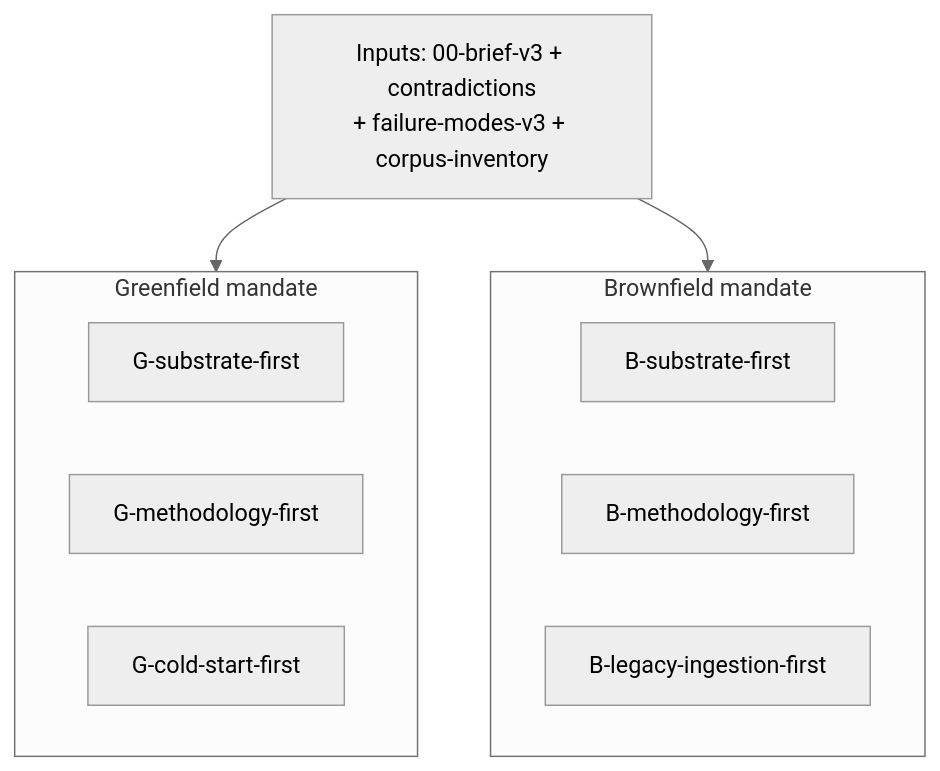
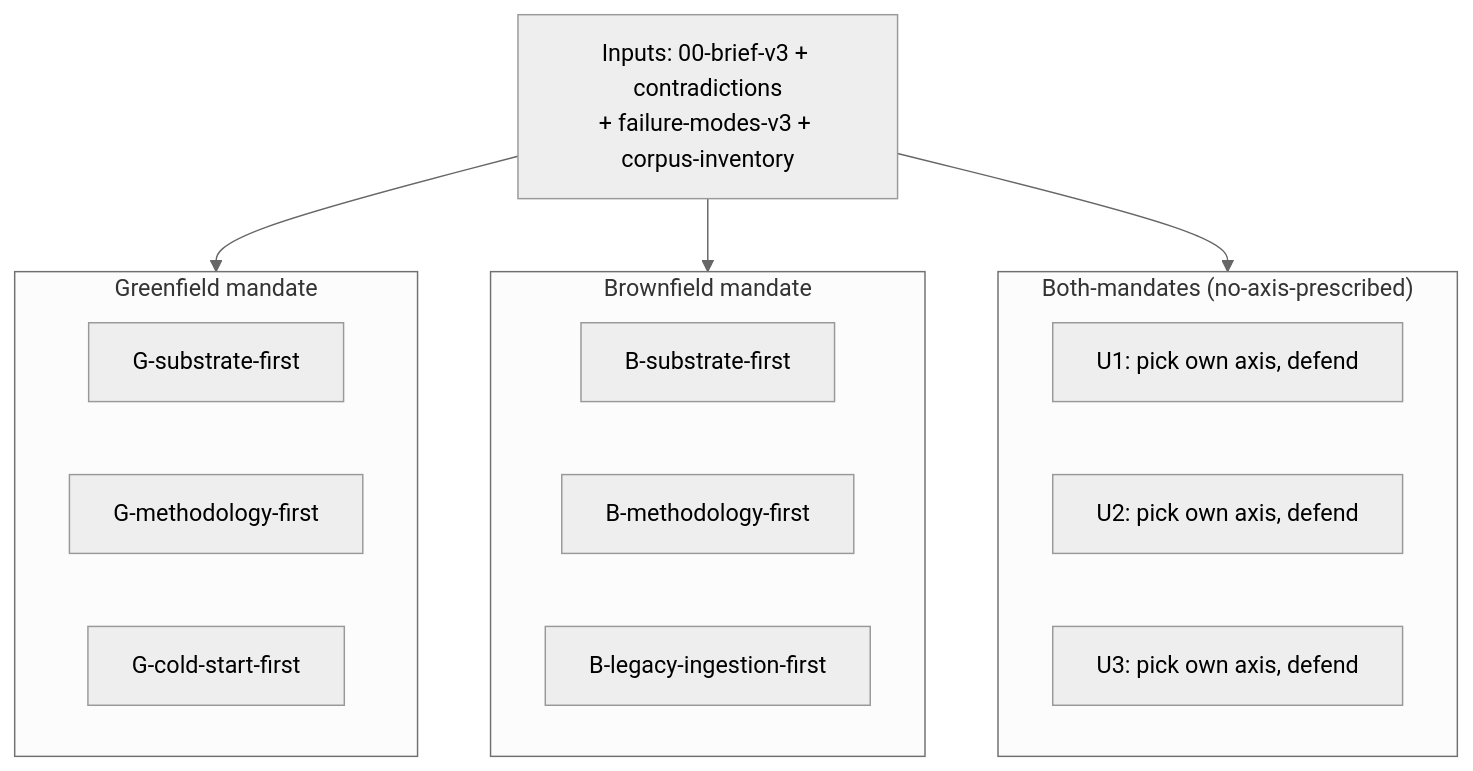
Before and after one commit to lago-morph/software-factory: the third of 8 diagrams in ARCHITECTURE-V3-SYNTHESIS-PLAN.md, drawn with Mermaid (neutral theme). The commit also changed other lines of this file and 2 other files, not shown here.

````diff
--- a/ARCHITECTURE-V3-SYNTHESIS-PLAN.md
+++ b/ARCHITECTURE-V3-SYNTHESIS-PLAN.md
@@ -134,16 +135,22 @@
 ```mermaid
 flowchart TB
     INPUTS["Inputs: 00-brief-v3 + contradictions<br/>+ failure-modes-v3 + corpus-inventory"]
     INPUTS --> GF
     INPUTS --> BF
+    INPUTS --> UN
     subgraph GF["Greenfield mandate"]
         G1["G-substrate-first"]
         G2["G-methodology-first"]
         G3["G-cold-start-first"]
     end
     subgraph BF["Brownfield mandate"]
         B1["B-substrate-first"]
         B2["B-methodology-first"]
         B3["B-legacy-ingestion-first"]
     end
+    subgraph UN["Both-mandates (no-axis-prescribed)"]
+        U1["U1: pick own axis, defend"]
+        U2["U2: pick own axis, defend"]
+        U3["U3: pick own axis, defend"]
+    end
 ```
````
